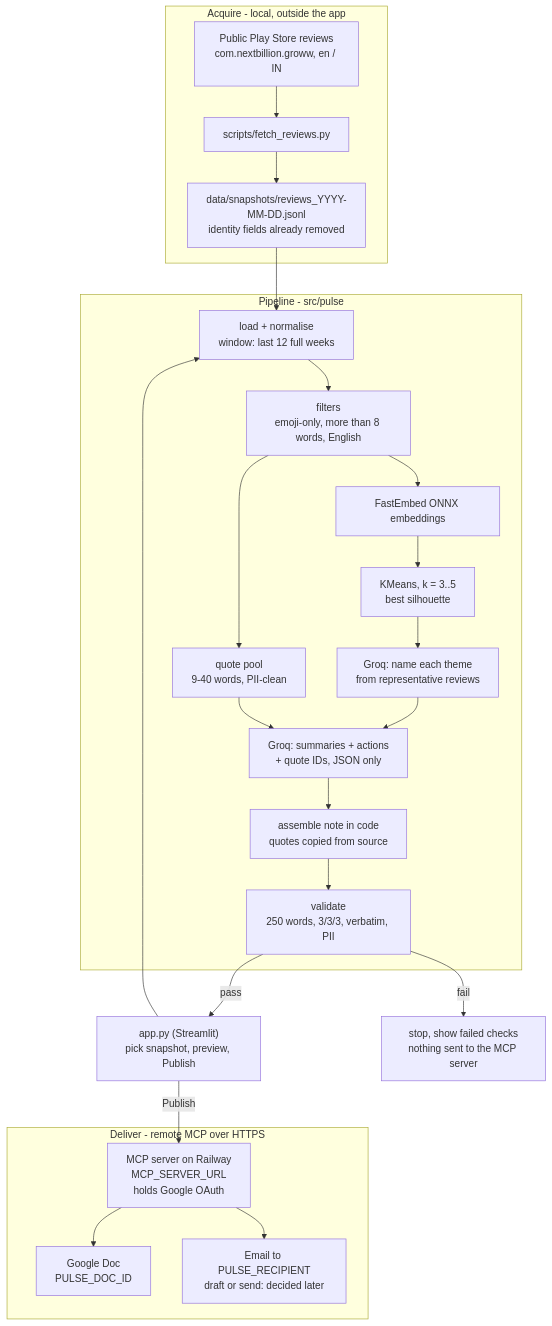
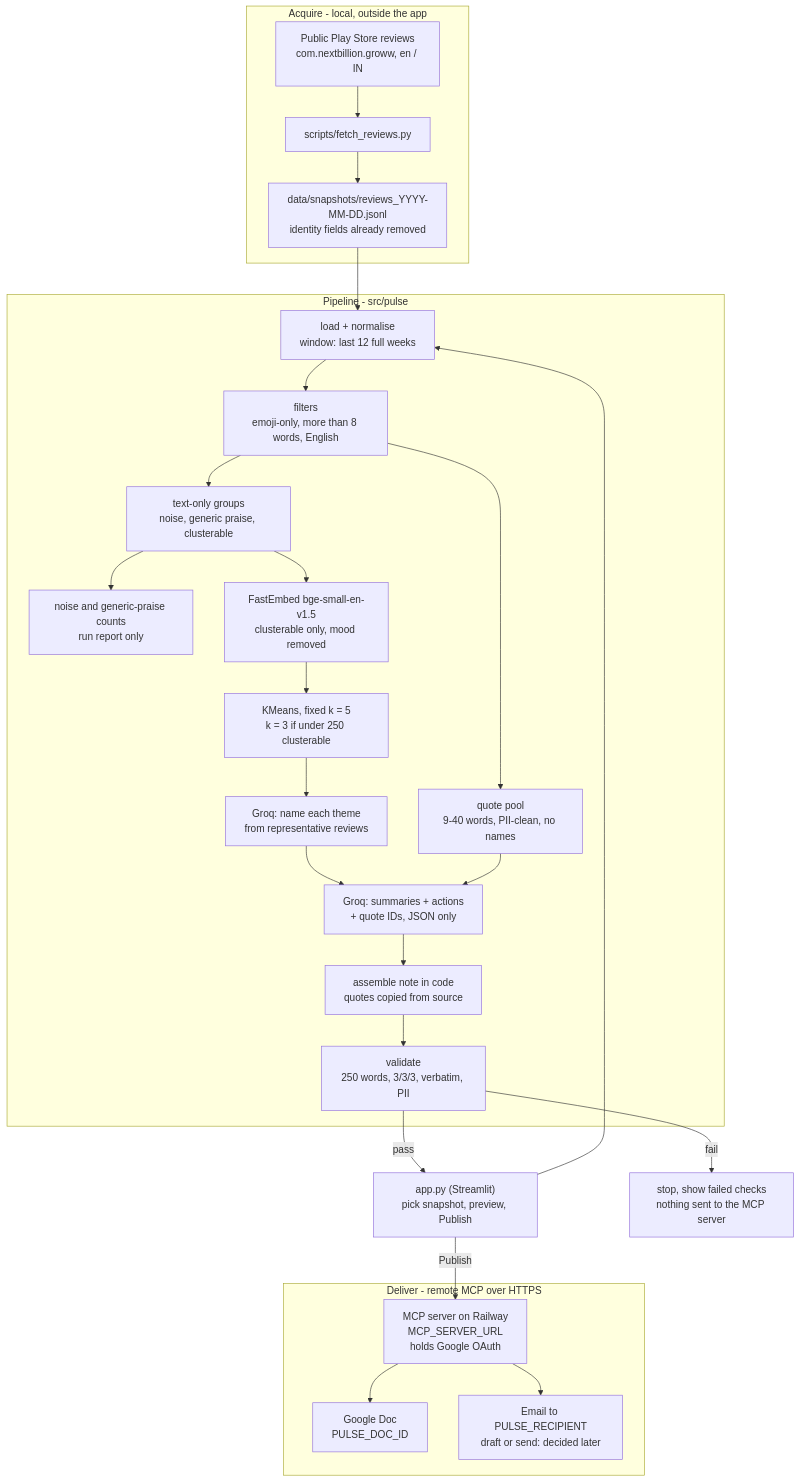
Before and after one commit to rajmitra1789/groww-review-pulse: the diagram in docs/architecture.md, drawn with Mermaid. The commit also changed other lines of this file and 5 other files, not shown here.

````diff
--- a/docs/architecture.md
+++ b/docs/architecture.md
@@ -19,41 +19,44 @@
 ```mermaid
 flowchart TD
     subgraph acquire [Acquire - local, outside the app]
         Source["Public Play Store reviews<br/>com.nextbillion.groww, en / IN"]
         Fetch["scripts/fetch_reviews.py"]
         Snapshot["data/snapshots/reviews_YYYY-MM-DD.jsonl<br/>identity fields already removed"]
         Source --> Fetch --> Snapshot
     end
 
     subgraph pipeline [Pipeline - src/pulse]
         Load["load + normalise<br/>window: last 12 full weeks"]
         Filter["filters<br/>emoji-only, more than 8 words, English"]
-        Embed["FastEmbed ONNX embeddings"]
-        Cluster["KMeans, k = 3..5<br/>best silhouette"]
+        Buckets["text-only groups<br/>noise, generic praise, clusterable"]
+        Report["noise and generic-praise counts<br/>run report only"]
+        Embed["FastEmbed bge-small-en-v1.5<br/>clusterable only, mood removed"]
+        Cluster["KMeans, fixed k = 5<br/>k = 3 if under 250 clusterable"]
         Label["Groq: name each theme<br/>from representative reviews"]
-        Pool["quote pool<br/>9-40 words, PII-clean"]
+        Pool["quote pool<br/>9-40 words, PII-clean, no names"]
         Compose["Groq: summaries + actions<br/>+ quote IDs, JSON only"]
         Assemble["assemble note in code<br/>quotes copied from source"]
         Validate["validate<br/>250 words, 3/3/3, verbatim, PII"]
-        Load --> Filter --> Embed --> Cluster --> Label
+        Load --> Filter --> Buckets --> Embed --> Cluster --> Label
+        Buckets --> Report
         Filter --> Pool
         Label --> Compose
         Pool --> Compose
         Compose --> Assemble --> Validate
     end
 
     subgraph deliver [Deliver - remote MCP over HTTPS]
         MCP["MCP server on Railway<br/>MCP_SERVER_URL<br/>holds Google OAuth"]
         Doc["Google Doc<br/>PULSE_DOC_ID"]
         Mail["Email to PULSE_RECIPIENT<br/>draft or send: decided later"]
         MCP --> Doc
         MCP --> Mail
     end
 
     UI["app.py (Streamlit)<br/>pick snapshot, preview, Publish"]
     Snapshot --> Load
     UI --> Load
     Validate -->|pass| UI
     Validate -->|fail| Stop["stop, show failed checks<br/>nothing sent to the MCP server"]
     UI -->|"Publish"| MCP
 ```
````
